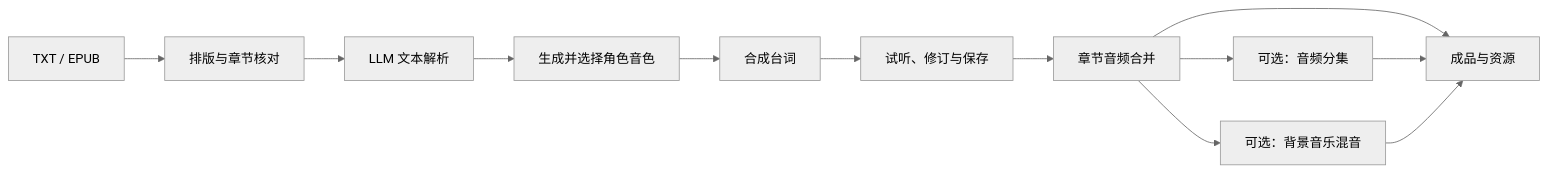
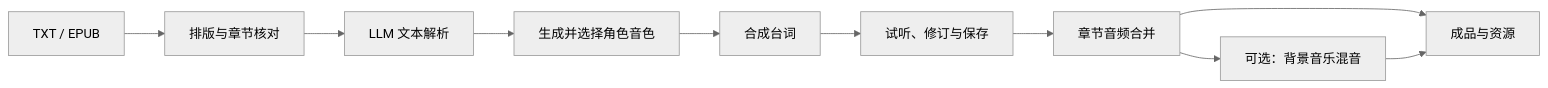
The first of 2 diagrams in README.zh-CN.md (1010323691/NarrifyAudio), drawn with Mermaid (neutral theme) before and after one commit. The commit also changed other lines of this file and 65 other files, not shown here.

````diff
--- a/README.zh-CN.md
+++ b/README.zh-CN.md
@@ -25,14 +25,12 @@
 ```mermaid
 flowchart LR
   Input[TXT / EPUB] --> Text[排版与章节核对]
   Text --> Script[LLM 文本解析]
   Script --> Voices[生成并选择角色音色]
   Voices --> TTS[合成台词]
   TTS --> Review[试听、修订与保存]
   Review --> Merge[章节音频合并]
-  Merge --> Split[可选：音频分集]
   Merge --> BGM[可选：背景音乐混音]
   Merge --> Resources[成品与资源]
-  Split --> Resources
   BGM --> Resources
 ```
````
